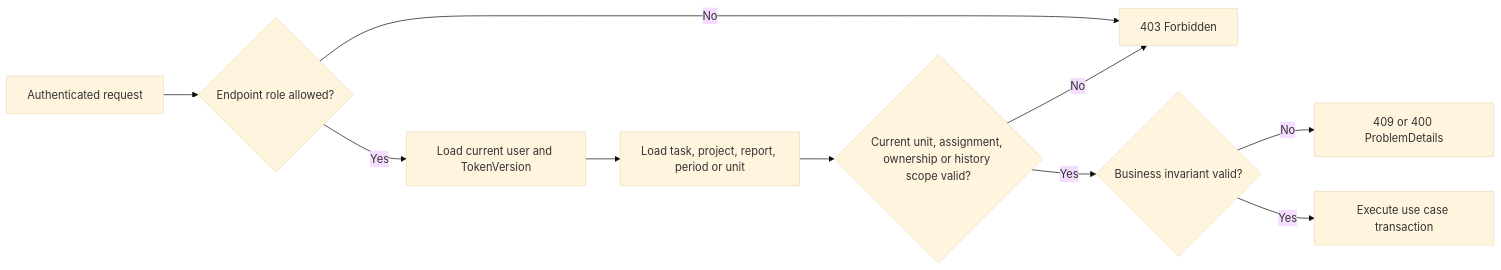
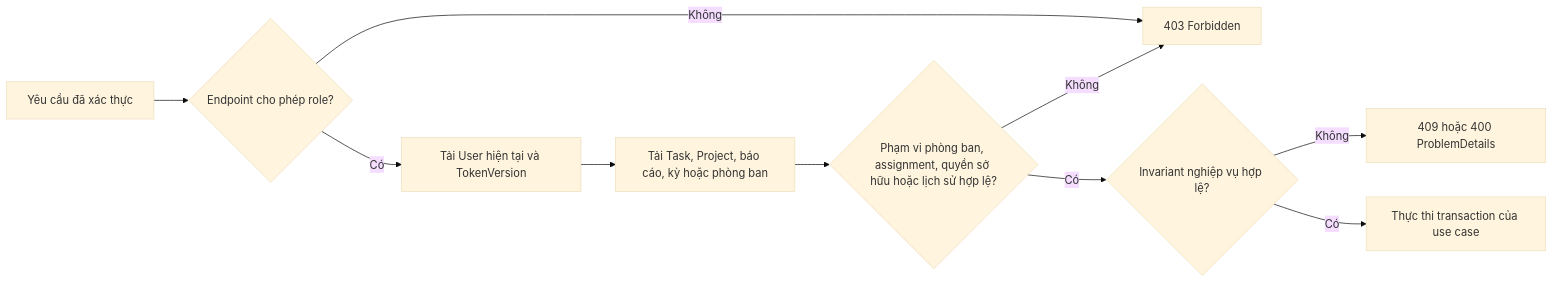
One commit to Giapnocap/work-management-system-backend changed the third of 6 diagrams in docs/domain-workflows.md. Above: the diagram before and after it, drawn with Mermaid (base theme). The commit also changed other lines of this file and 7 other files, not shown here.

````diff
--- a/docs/domain-workflows.md
+++ b/docs/domain-workflows.md
@@ -46,12 +46,12 @@
 ```mermaid
 flowchart LR
-    Request[Authenticated request] --> Role{Endpoint role allowed?}
-    Role -->|No| Forbidden[403 Forbidden]
-    Role -->|Yes| Actor[Load current user and TokenVersion]
-    Actor --> Resource[Load task, project, report, period or unit]
-    Resource --> Scope{Current unit, assignment, ownership or history scope valid?}
-    Scope -->|No| Forbidden
-    Scope -->|Yes| Rule{Business invariant valid?}
-    Rule -->|No| Problem[409 or 400 ProblemDetails]
-    Rule -->|Yes| Execute[Execute use case transaction]
+    Request[Yêu cầu đã xác thực] --> Role{Endpoint cho phép role?}
+    Role -->|Không| Forbidden[403 Forbidden]
+    Role -->|Có| Actor[Tải User hiện tại và TokenVersion]
+    Actor --> Resource[Tải Task, Project, báo cáo, kỳ hoặc phòng ban]
+    Resource --> Scope{Phạm vi phòng ban, assignment, quyền sở hữu hoặc lịch sử hợp lệ?}
+    Scope -->|Không| Forbidden
+    Scope -->|Có| Rule{Invariant nghiệp vụ hợp lệ?}
+    Rule -->|Không| Problem[409 hoặc 400 ProblemDetails]
+    Rule -->|Có| Execute[Thực thi transaction của use case]
 ```
````
